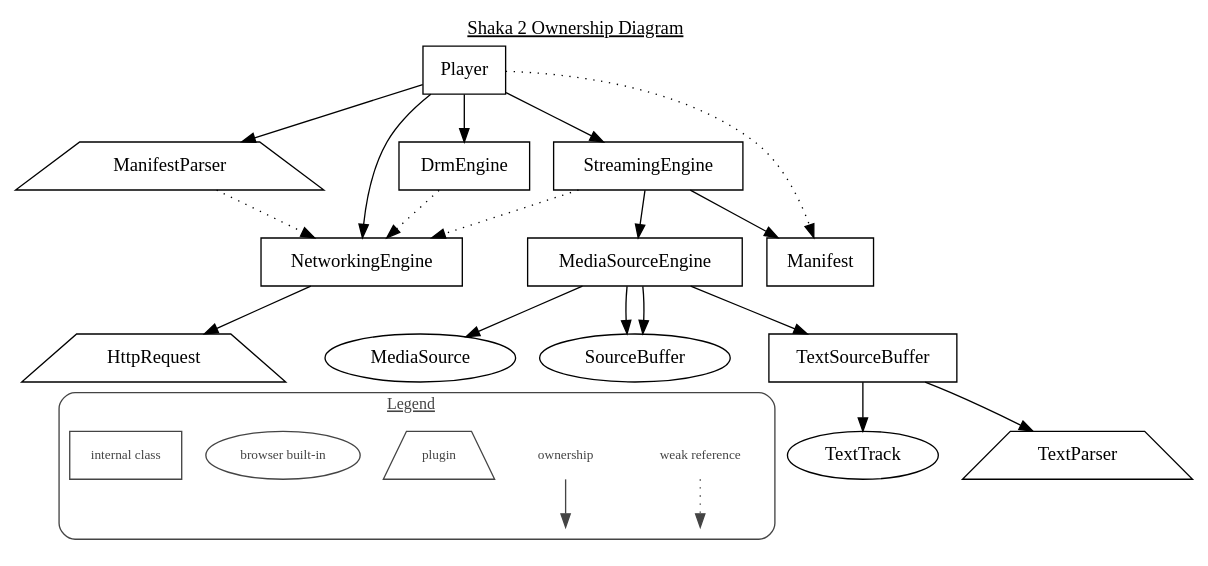
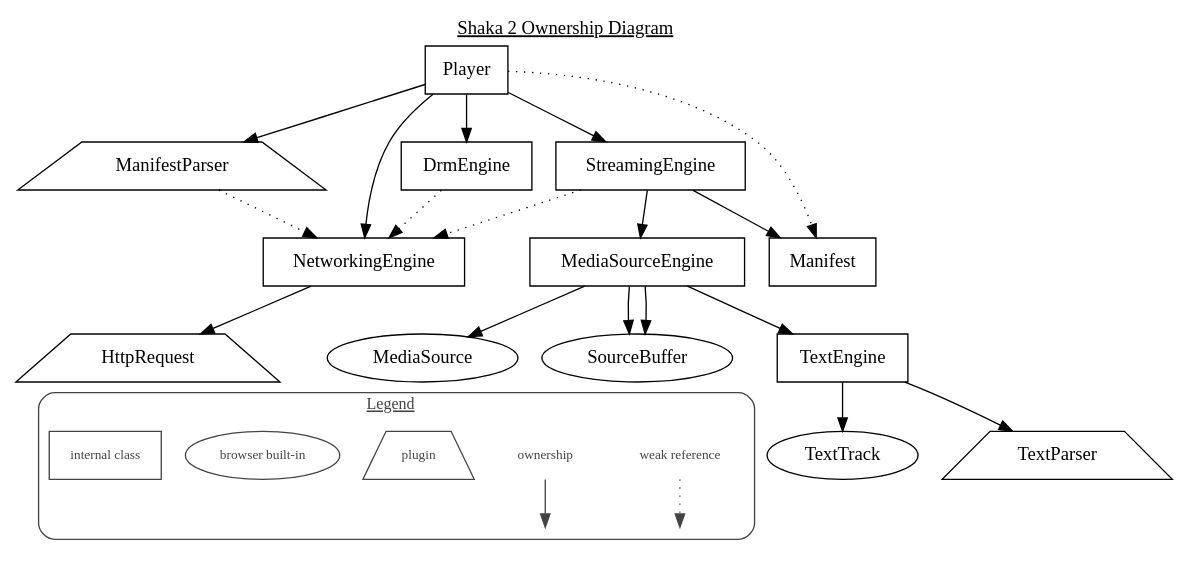
The diagram in docs/design/ownership.gv (shaka-project/shaka-player), drawn with Graphviz before and after one commit. The commit also changed 13 other files, not shown here.

First line of the commit message:
Convert TextSourceBuffer to TextEngine

```diff
--- a/docs/design/ownership.gv
+++ b/docs/design/ownership.gv
@@ -1,60 +1,60 @@
 digraph shaka2_ownership {
   label=<<u>Shaka 2 Ownership Diagram</u>>
   labelloc=t
   node [ shape=rectangle ]
 
   MediaSource [ shape=oval ]
   SourceBuffer [ shape=oval ]
   TextTrack [ shape=oval ]
 
   HttpRequest [ shape=trapezium ]
   ManifestParser [ shape=trapezium ]
   TextParser [ shape=trapezium ]
 
   Player -> NetworkingEngine
   Player -> ManifestParser
   Player -> StreamingEngine
   Player -> DrmEngine
   Player -> Manifest [ style=dotted ]
 
   NetworkingEngine -> HttpRequest
 
   ManifestParser -> NetworkingEngine [ style=dotted ]
 
   DrmEngine -> NetworkingEngine [ style=dotted ]
 
   StreamingEngine -> MediaSourceEngine
   StreamingEngine -> Manifest
   StreamingEngine -> NetworkingEngine [ style=dotted ]
 
   MediaSourceEngine -> MediaSource
   MediaSourceEngine -> SourceBuffer
   MediaSourceEngine -> SourceBuffer
-  MediaSourceEngine -> TextSourceBuffer
+  MediaSourceEngine -> TextEngine
 
-  TextSourceBuffer -> TextTrack
-  TextSourceBuffer -> TextParser
+  TextEngine -> TextTrack
+  TextEngine -> TextParser
 
   subgraph cluster_legend {
     style=rounded
     color="#444444"
     label=<<u>Legend</u>>
     fontsize=12
     fontcolor="#444444"
 
     node [ shape=plaintext color="#444444" fontsize=10 fontcolor="#444444" ]
     edge [ color="#444444" ]
 
     blank1 [ label="" fixedsize=true height=0 ]
     blank2 [ label="" fixedsize=true height=0 ]
     "weak reference" -> blank2 [ style=dotted ]
     ownership -> blank1
 
     plugin [ shape=trapezium ]
     "browser built-in" [ shape=oval ]
     "internal class" [ shape=rectangle ]
   }
 
   # Hack to move the legend beneath the main graph:
   HttpRequest -> "internal class" [ style=invisible arrowhead=none ]
 }
```
